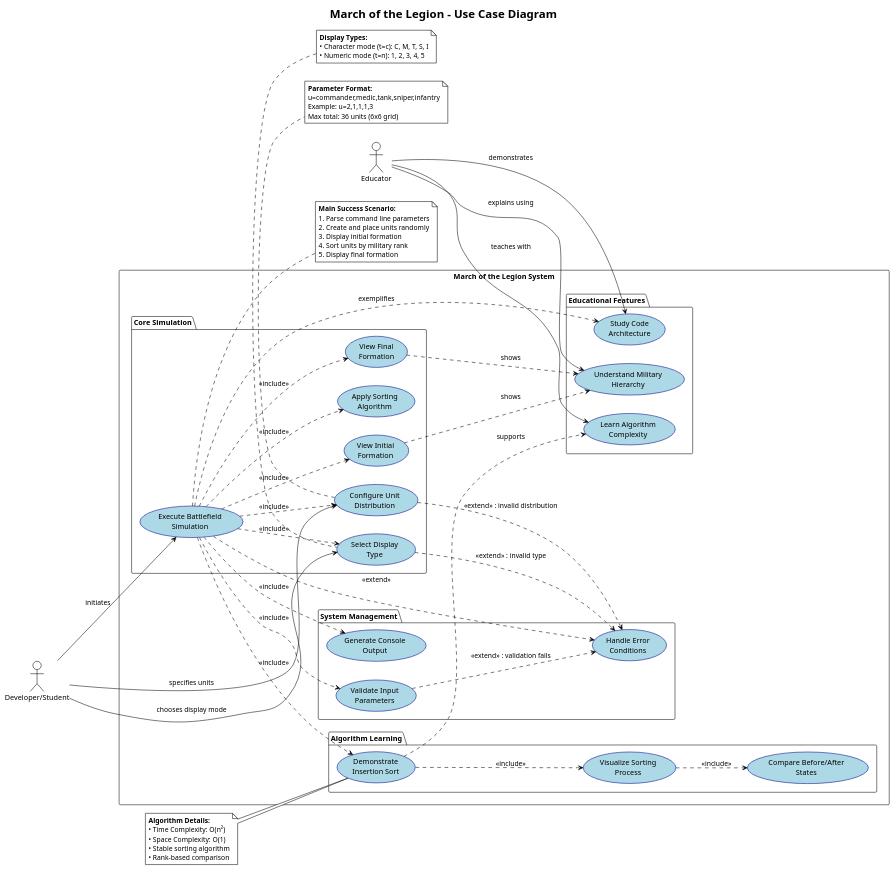
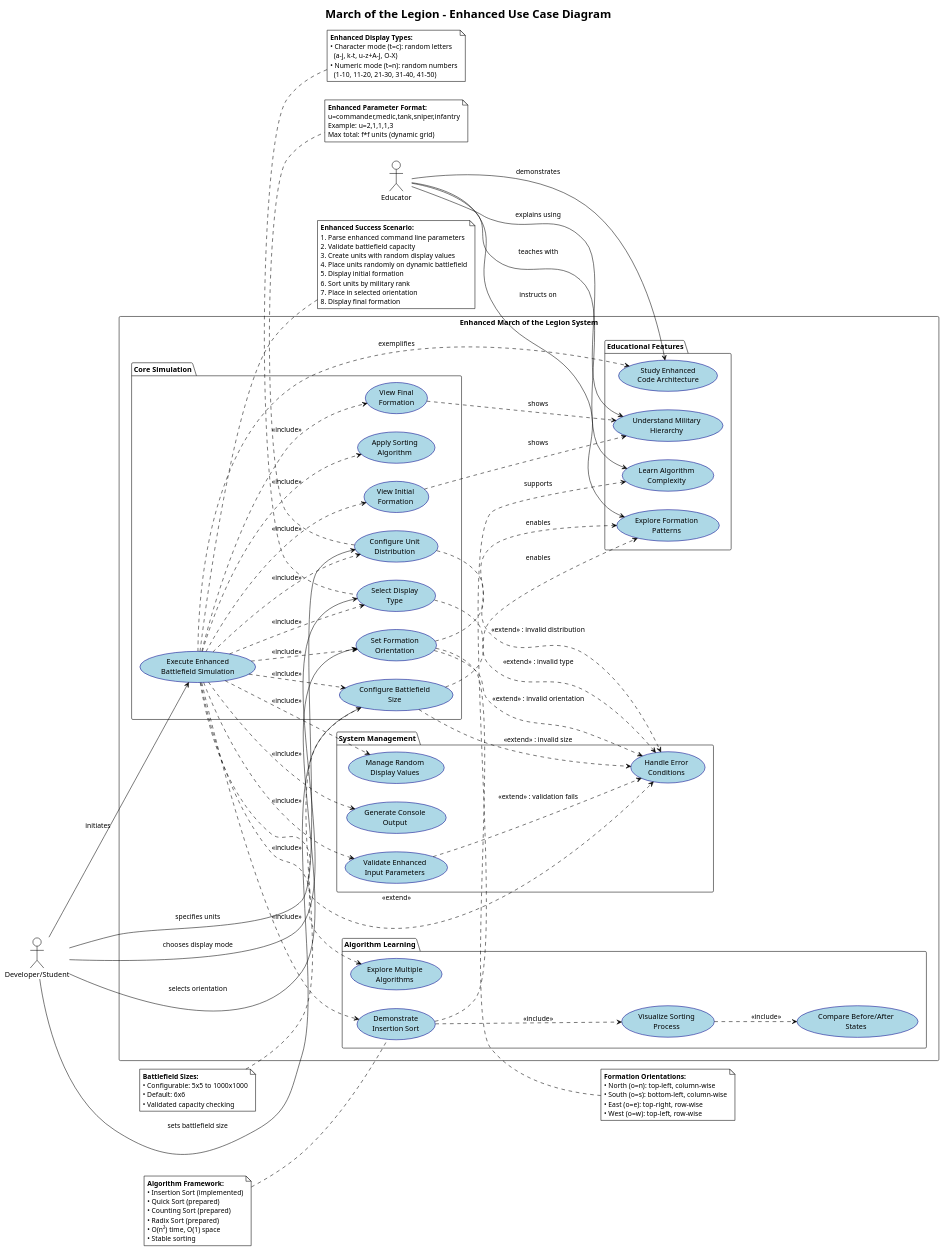
The diagram in Diagrams/use-case-diagram.puml (Jala-University/march-of-the-Legion), drawn with PlantUML before and after one commit. The commit also changed 27 other files, not shown here.

```diff
--- a/Diagrams/use-case-diagram.puml
+++ b/Diagrams/use-case-diagram.puml
@@ -1,111 +1,149 @@
 @startuml use-case-diagram
 !theme plain
 left to right direction
 skinparam usecase {
     BackgroundColor lightblue
     BorderColor darkblue
 }
 
-title March of the Legion - Use Case Diagram
+title March of the Legion - Enhanced Use Case Diagram
 
 actor "Developer/Student" as User
 actor "Educator" as Teacher
 
-rectangle "March of the Legion System" {
+rectangle "Enhanced March of the Legion System" {
 
     package "Core Simulation" {
-        usecase "Execute Battlefield\nSimulation" as UC1
+        usecase "Execute Enhanced\nBattlefield Simulation" as UC1
         usecase "Configure Unit\nDistribution" as UC2
         usecase "Select Display\nType" as UC3
+        usecase "Set Formation\nOrientation" as UC16
+        usecase "Configure Battlefield\nSize" as UC17
         usecase "View Initial\nFormation" as UC4
         usecase "Apply Sorting\nAlgorithm" as UC5
         usecase "View Final\nFormation" as UC6
     }
 
     package "Algorithm Learning" {
         usecase "Demonstrate\nInsertion Sort" as UC7
         usecase "Visualize Sorting\nProcess" as UC8
         usecase "Compare Before/After\nStates" as UC9
+        usecase "Explore Multiple\nAlgorithms" as UC18
     }
 
     package "System Management" {
-        usecase "Validate Input\nParameters" as UC10
+        usecase "Validate Enhanced\nInput Parameters" as UC10
         usecase "Handle Error\nConditions" as UC11
         usecase "Generate Console\nOutput" as UC12
+        usecase "Manage Random\nDisplay Values" as UC19
     }
 
     package "Educational Features" {
         usecase "Learn Algorithm\nComplexity" as UC13
         usecase "Understand Military\nHierarchy" as UC14
-        usecase "Study Code\nArchitecture" as UC15
+        usecase "Study Enhanced\nCode Architecture" as UC15
+        usecase "Explore Formation\nPatterns" as UC20
     }
 }
 
 ' Primary relationships
 User --> UC1 : initiates
 User --> UC2 : specifies units
 User --> UC3 : chooses display mode
+User --> UC16 : selects orientation
+User --> UC17 : sets battlefield size
 
 ' Core simulation flow
 UC1 ..> UC2 : <<include>>
 UC1 ..> UC3 : <<include>>
+UC1 ..> UC16 : <<include>>
+UC1 ..> UC17 : <<include>>
 UC1 ..> UC4 : <<include>>
 UC1 ..> UC5 : <<include>>
 UC1 ..> UC6 : <<include>>
 
 ' Algorithm demonstration
 UC1 ..> UC7 : <<include>>
 UC7 ..> UC8 : <<include>>
 UC8 ..> UC9 : <<include>>
+UC1 ..> UC18 : <<include>>
 
 ' System management
 UC1 ..> UC10 : <<include>>
 UC1 ..> UC11 : <<extend>>
 UC1 ..> UC12 : <<include>>
+UC1 ..> UC19 : <<include>>
 
 ' Educational aspects
 Teacher --> UC13 : teaches with
 Teacher --> UC14 : explains using
 Teacher --> UC15 : demonstrates
+Teacher --> UC20 : instructs on
 
 UC7 ..> UC13 : supports
 UC4 ..> UC14 : shows
 UC6 ..> UC14 : shows
 UC1 ..> UC15 : exemplifies
+UC16 ..> UC20 : enables
+UC17 ..> UC20 : enables
 
 ' Alternative flows
 UC2 ..> UC11 : <<extend>> : invalid distribution
 UC3 ..> UC11 : <<extend>> : invalid type
+UC16 ..> UC11 : <<extend>> : invalid orientation
+UC17 ..> UC11 : <<extend>> : invalid size
 UC10 ..> UC11 : <<extend>> : validation fails
 
 note right of UC1
-    **Main Success Scenario:**
-    1. Parse command line parameters
-    2. Create and place units randomly
-    3. Display initial formation
-    4. Sort units by military rank
-    5. Display final formation
+    **Enhanced Success Scenario:**
+    1. Parse enhanced command line parameters
+    2. Validate battlefield capacity
+    3. Create units with random display values
+    4. Place units randomly on dynamic battlefield
+    5. Display initial formation
+    6. Sort units by military rank
+    7. Place in selected orientation
+    8. Display final formation
 end note
 
 note left of UC7
-    **Algorithm Details:**
-    • Time Complexity: O(n²)
-    • Space Complexity: O(1)
-    • Stable sorting algorithm
-    • Rank-based comparison
+    **Algorithm Framework:**
+    • Insertion Sort (implemented)
+    • Quick Sort (prepared)
+    • Counting Sort (prepared)
+    • Radix Sort (prepared)
+    • O(n²) time, O(1) space
+    • Stable sorting
 end note
 
 note bottom of UC2
-    **Parameter Format:**
+    **Enhanced Parameter Format:**
     u=commander,medic,tank,sniper,infantry
     Example: u=2,1,1,1,3
-    Max total: 36 units (6x6 grid)
+    Max total: f*f units (dynamic grid)
 end note
 
 note top of UC3
-    **Display Types:**
-    • Character mode (t=c): C, M, T, S, I
-    • Numeric mode (t=n): 1, 2, 3, 4, 5
+    **Enhanced Display Types:**
+    • Character mode (t=c): random letters
+      (a-j, k-t, u-z+A-J, O-X)
+    • Numeric mode (t=n): random numbers
+      (1-10, 11-20, 21-30, 31-40, 41-50)
+end note
+
+note right of UC16
+    **Formation Orientations:**
+    • North (o=n): top-left, column-wise
+    • South (o=s): bottom-left, column-wise
+    • East (o=e): top-right, row-wise
+    • West (o=w): top-left, row-wise
+end note
+
+note left of UC17
+    **Battlefield Sizes:**
+    • Configurable: 5x5 to 1000x1000
+    • Default: 6x6
+    • Validated capacity checking
 end note
 
 @enduml
```
